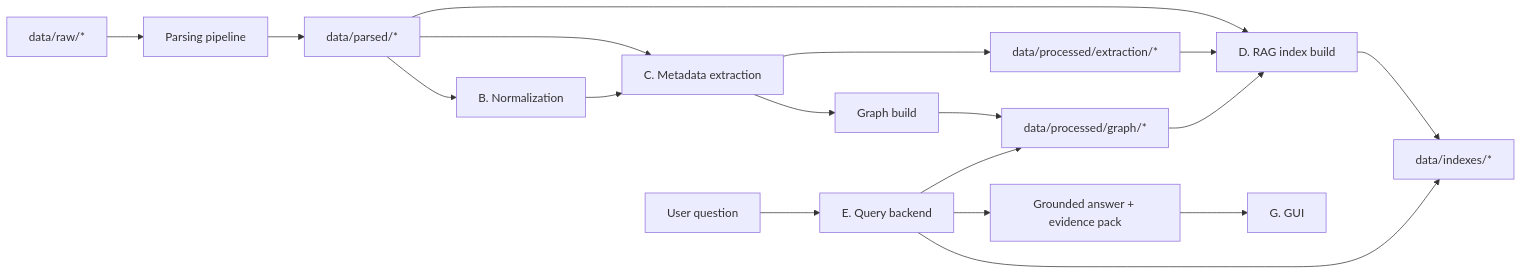
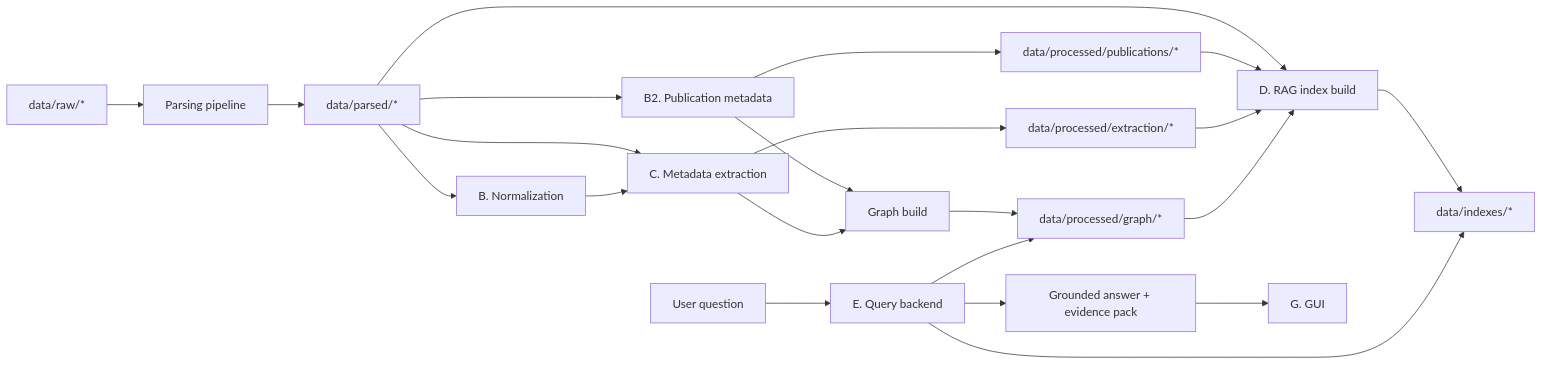
Before and after one commit to danilalebedev/RAG-System-for-material-science: the diagram in DEVELOPMENT_PLAN.md, drawn with Mermaid. The commit also changed other lines of this file and 5 other files, not shown here.

Commit message:
Add publication metadata task plan

````diff
--- a/DEVELOPMENT_PLAN.md
+++ b/DEVELOPMENT_PLAN.md
@@ -72,25 +72,29 @@
 ```mermaid
 flowchart LR
     RAW["data/raw/*"] --> PARSE["Parsing pipeline"]
     PARSE --> PARSED["data/parsed/*"]
 
     PARSED --> RAGIDX["D. RAG index build"]
+    PARSED --> PUBMETA["B2. Publication metadata"]
     PARSED --> EXTRACT["C. Metadata extraction"]
     PARSED --> NORM["B. Normalization"]
 
+    PUBMETA --> GRAPH
     NORM --> EXTRACT
     EXTRACT --> GRAPH["Graph build"]
 
+    PUBMETA --> PUBLICATIONS["data/processed/publications/*"]
     EXTRACT --> FACTS["data/processed/extraction/*"]
     GRAPH --> GRAPH_DATA["data/processed/graph/*"]
 
+    PUBLICATIONS --> RAGIDX
     FACTS --> RAGIDX
     GRAPH_DATA --> RAGIDX
     RAGIDX --> INDEXES["data/indexes/*"]
 
     USER["User question"] --> QUERY["E. Query backend"]
     QUERY --> INDEXES
     QUERY --> GRAPH_DATA
     QUERY --> ANSWER["Grounded answer + evidence pack"]
     ANSWER --> GUI["G. GUI"]
 ```
````
